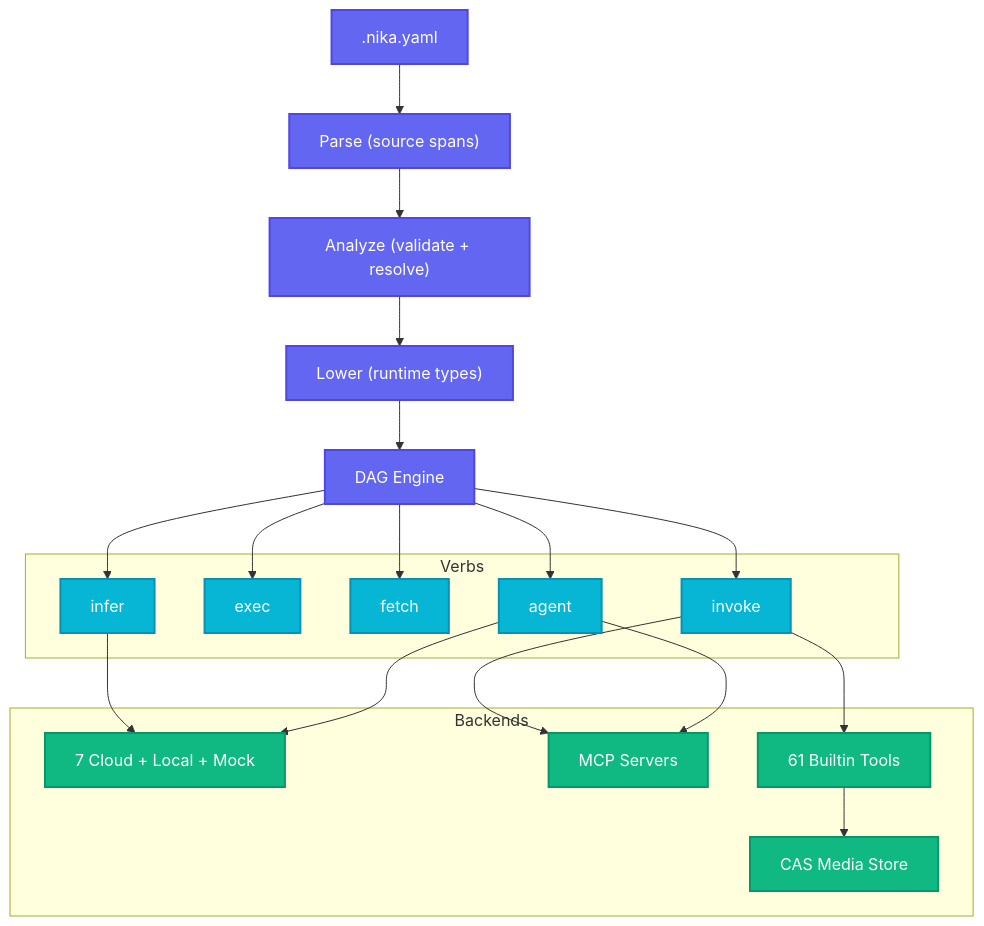
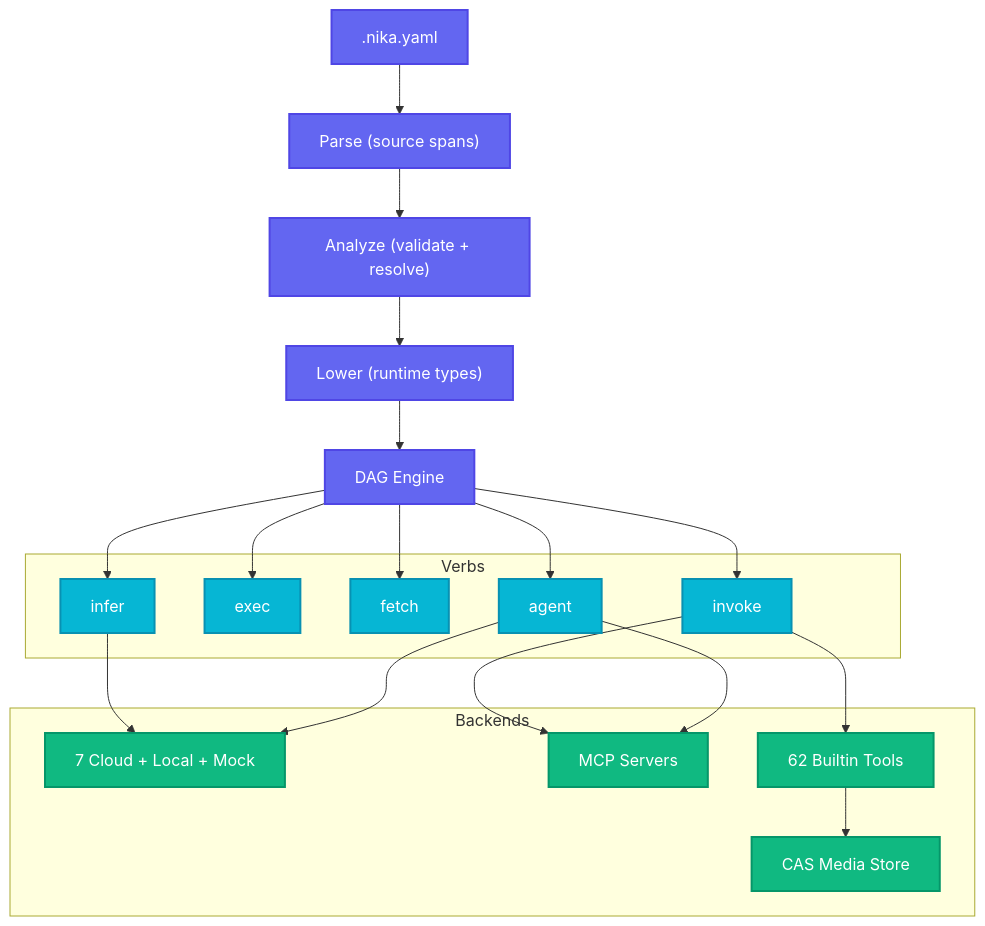
One commit to supernovae-st/nika changed the second of 2 diagrams in README.md. Above: the diagram before and after it, drawn with Mermaid. The commit also changed other lines of this file and 1 other file, not shown here.

````diff
--- a/README.md
+++ b/README.md
@@ -466,36 +467,36 @@
 ```mermaid
 flowchart TD
     classDef phase fill:#6366f1,stroke:#4f46e5,stroke-width:2px,color:#fff
     classDef verb fill:#06b6d4,stroke:#0891b2,stroke-width:2px,color:#fff
     classDef backend fill:#10b981,stroke:#059669,stroke-width:2px,color:#fff
 
     YAML[".nika.yaml"]:::phase
     RAW["Parse (source spans)"]:::phase
     ANA["Analyze (validate + resolve)"]:::phase
     LOW["Lower (runtime types)"]:::phase
     DAG["DAG Engine"]:::phase
 
     YAML --> RAW --> ANA --> LOW --> DAG
 
     subgraph Verbs
         INF[infer]:::verb
         EXC[exec]:::verb
         FET[fetch]:::verb
         INV[invoke]:::verb
         AGT[agent]:::verb
     end
 
     DAG --> INF & EXC & FET & INV & AGT
 
     subgraph Backends
         PROV["7 Cloud + Local + Mock"]:::backend
         MCPS["MCP Servers"]:::backend
-        BUILT["61 Builtin Tools"]:::backend
+        BUILT["62 Builtin Tools"]:::backend
         CAS["CAS Media Store"]:::backend
     end
 
     INF & AGT --> PROV
     INV & AGT --> MCPS
     INV --> BUILT
     BUILT --> CAS
 ```
````
